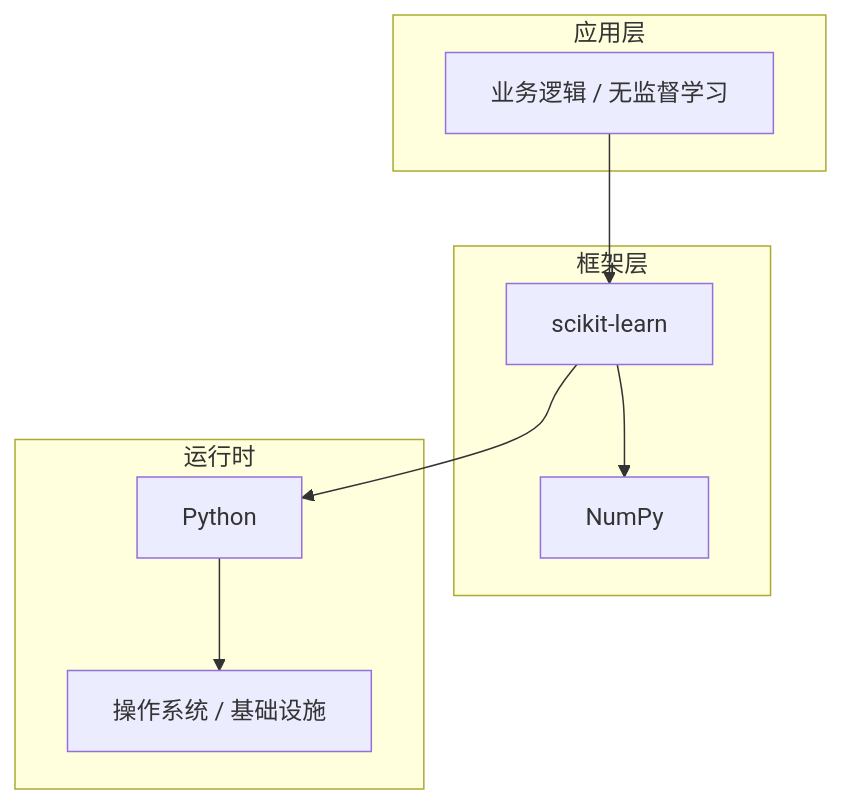
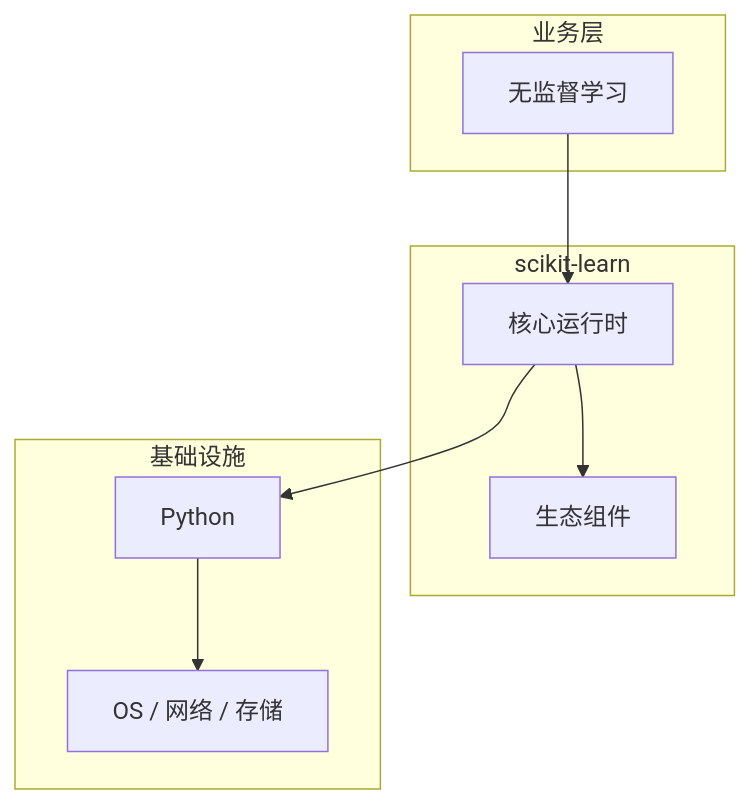
The diagram in articles/机器学习/chapters/015-无监督学习核心概念与原理.md (yanggan2015/knowledge-json-v2), drawn with Mermaid before and after one commit. The commit also changed other lines of this file and 10127 other files, not shown here.

````diff
--- a/articles/机器学习/chapters/015-无监督学习核心概念与原理.md
+++ b/articles/机器学习/chapters/015-无监督学习核心概念与原理.md
@@ -45,18 +30,18 @@
 ```mermaid
 graph TB
-    subgraph 应用层
-        A[业务逻辑 / 无监督学习]
+    subgraph 业务层
+        A[无监督学习]
     end
-    subgraph 框架层
-        B[scikit-learn]
-        C[NumPy]
+    subgraph scikit-learn
+        B[核心运行时]
+        C[生态组件]
     end
-    subgraph 运行时
+    subgraph 基础设施
         D[Python]
-        E[操作系统 / 基础设施]
+        E[OS / 网络 / 存储]
     end
     A --> B
     B --> C
     B --> D
     D --> E
 ```
````
